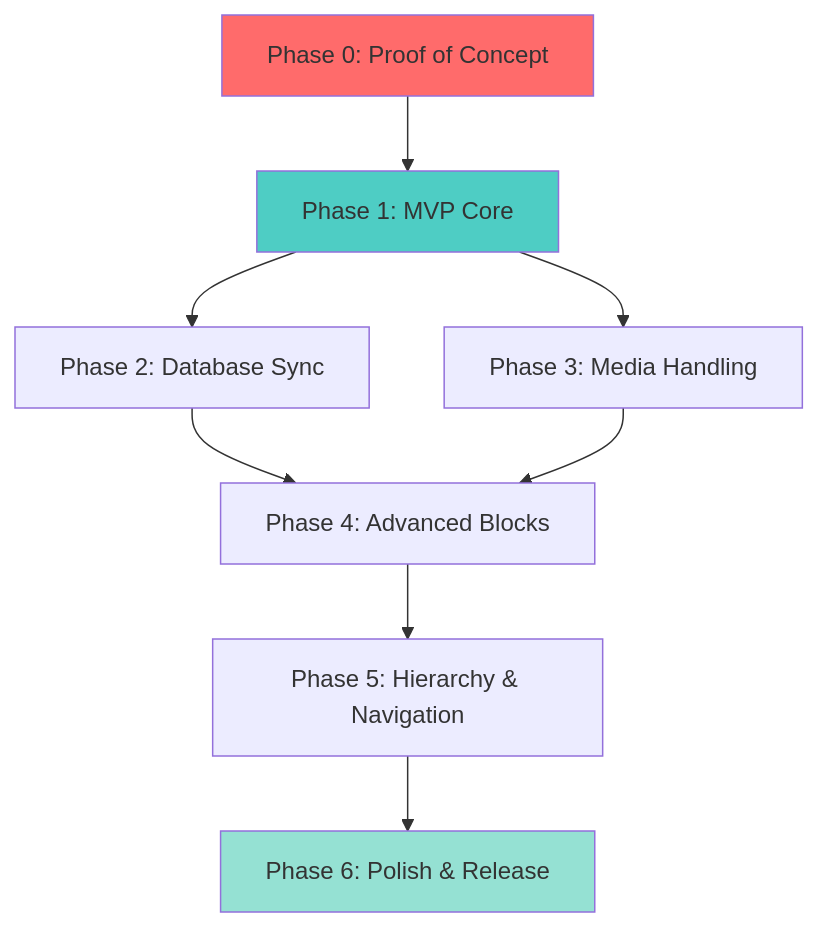
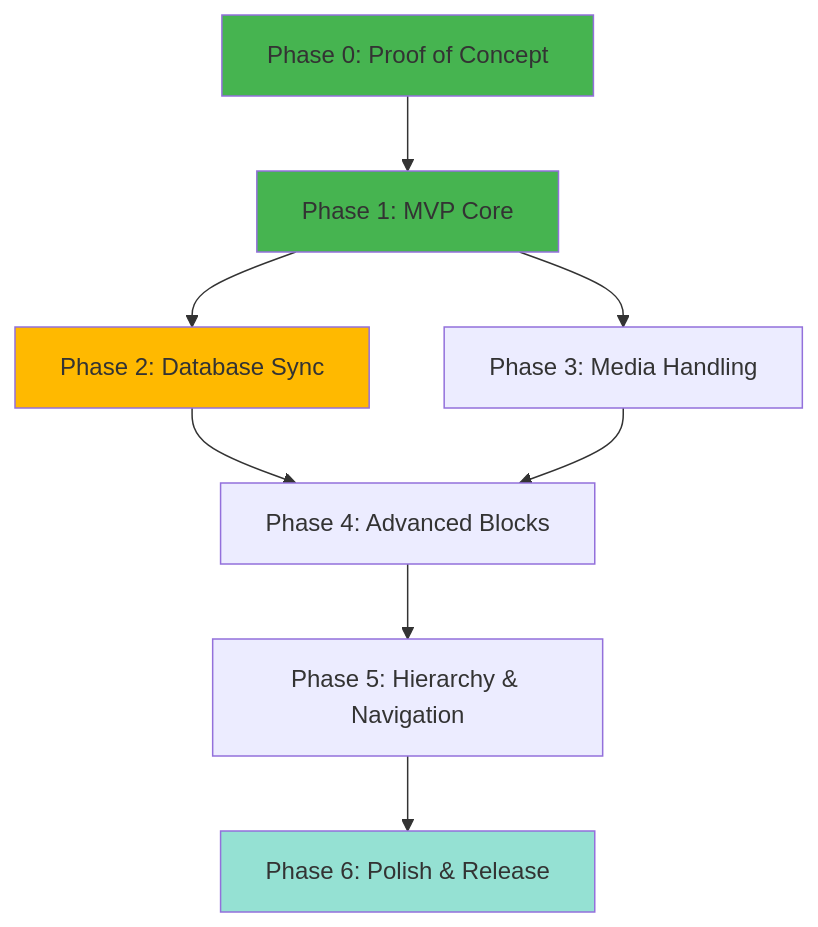
Before and after one commit to thevgergroup/notion-wp: the diagram in docs/plans/main-plan.md, drawn with Mermaid. The commit also changed other lines of this file, not shown here.

````diff
--- a/docs/plans/main-plan.md
+++ b/docs/plans/main-plan.md
@@ -9,14 +9,15 @@
 ```mermaid
 flowchart TD
     P0[Phase 0: Proof of Concept] --> P1[Phase 1: MVP Core]
     P1 --> P2[Phase 2: Database Sync]
     P1 --> P3[Phase 3: Media Handling]
     P2 --> P4[Phase 4: Advanced Blocks]
     P3 --> P4
     P4 --> P5[Phase 5: Hierarchy & Navigation]
     P5 --> P6[Phase 6: Polish & Release]
 
-    style P0 fill:#ff6b6b
-    style P1 fill:#4ecdc4
+    style P0 fill:#46b450
+    style P1 fill:#46b450
+    style P2 fill:#ffb900
     style P6 fill:#95e1d3
 ```
````
